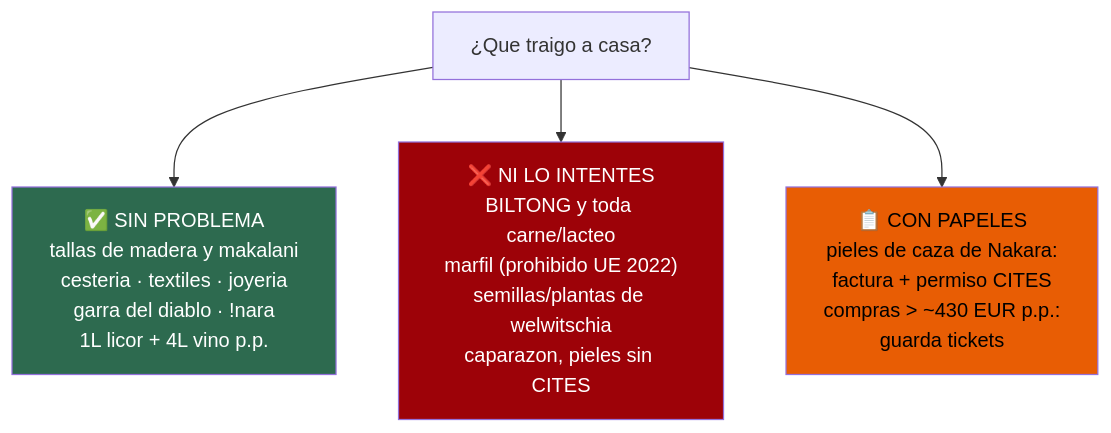
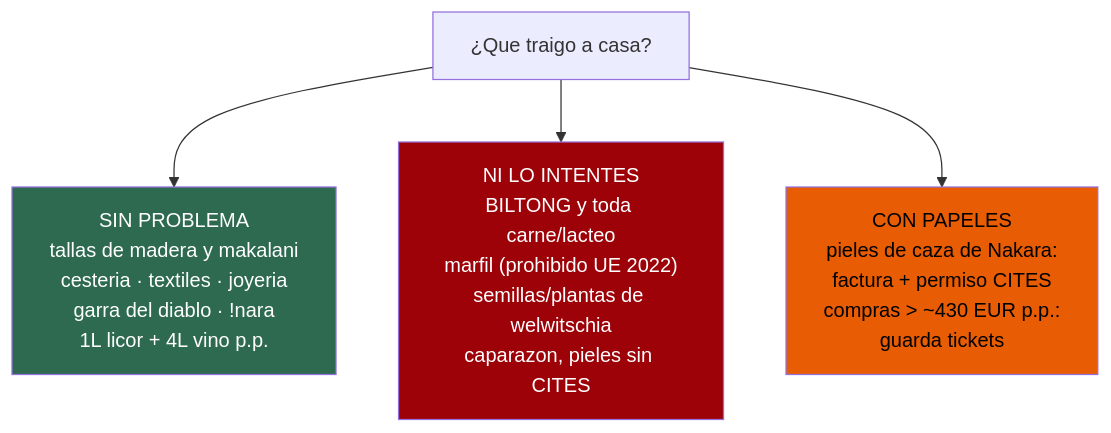
One commit to morandeirachema/namibia changed the second of 2 diagrams in 08-comida-compras-y-regalos.md. Above: the diagram before and after it, drawn with Mermaid. The commit also changed other lines of this file and 14 other files, not shown here.

Commit message:
Arreglar el renderizado de los diagramas en GitHub: fuera emojis, negritas y barras ASCII de dentro de los nodos, que descuadraban la medida y recortaban el texto

````diff
--- a/08-comida-compras-y-regalos.md
+++ b/08-comida-compras-y-regalos.md
@@ -244,9 +244,9 @@
 ```mermaid
 flowchart TD
-    R["¿Que traigo a casa?"] --> OK["✅ SIN PROBLEMA<br/>tallas de madera y makalani<br/>cesteria · textiles · joyeria<br/>garra del diablo · !nara<br/>1L licor + 4L vino p.p."]
-    R --> NO["❌ NI LO INTENTES<br/>BILTONG y toda carne/lacteo<br/>marfil (prohibido UE 2022)<br/>semillas/plantas de welwitschia<br/>caparazon, pieles sin CITES"]
-    R --> DOC["📋 CON PAPELES<br/>pieles de caza de Nakara:<br/>factura + permiso CITES<br/>compras > ~430 EUR p.p.:<br/>guarda tickets"]
+    R["¿Que traigo a casa?"] --> OK["SIN PROBLEMA<br/>tallas de madera y makalani<br/>cesteria · textiles · joyeria<br/>garra del diablo · !nara<br/>1L licor + 4L vino p.p."]
+    R --> NO["NI LO INTENTES<br/>BILTONG y toda carne/lacteo<br/>marfil (prohibido UE 2022)<br/>semillas/plantas de welwitschia<br/>caparazon, pieles sin CITES"]
+    R --> DOC["CON PAPELES<br/>pieles de caza de Nakara:<br/>factura + permiso CITES<br/>compras > ~430 EUR p.p.:<br/>guarda tickets"]
     style OK fill:#2d6a4f,color:#fff
     style NO fill:#9d0208,color:#fff
     style DOC fill:#e85d04,color:#000
 ```
````
